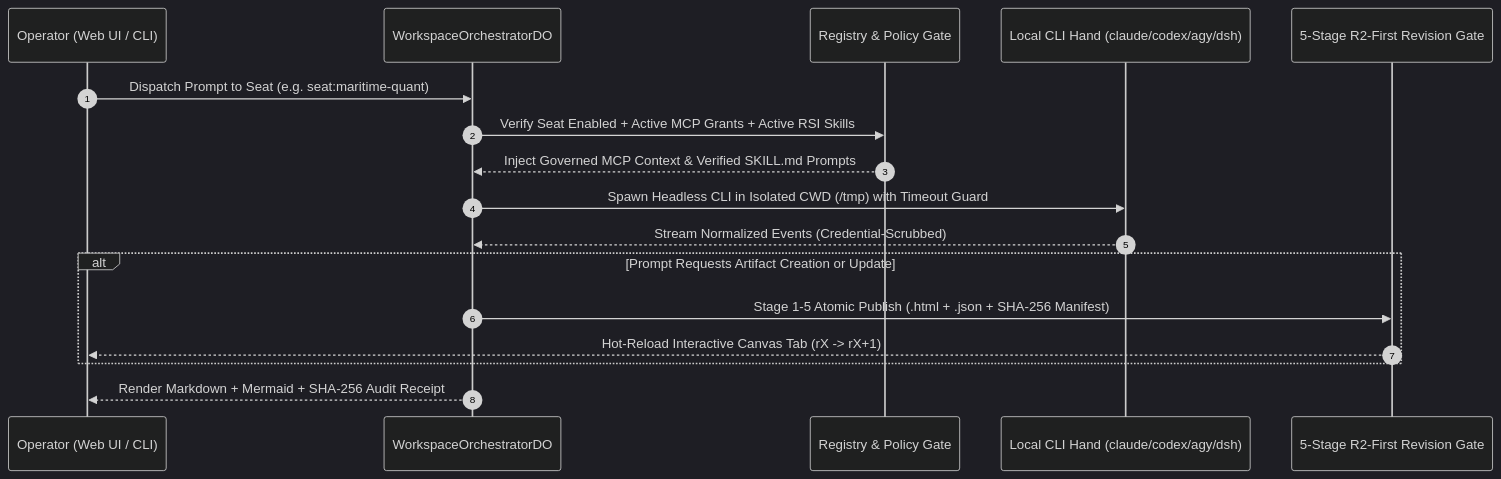
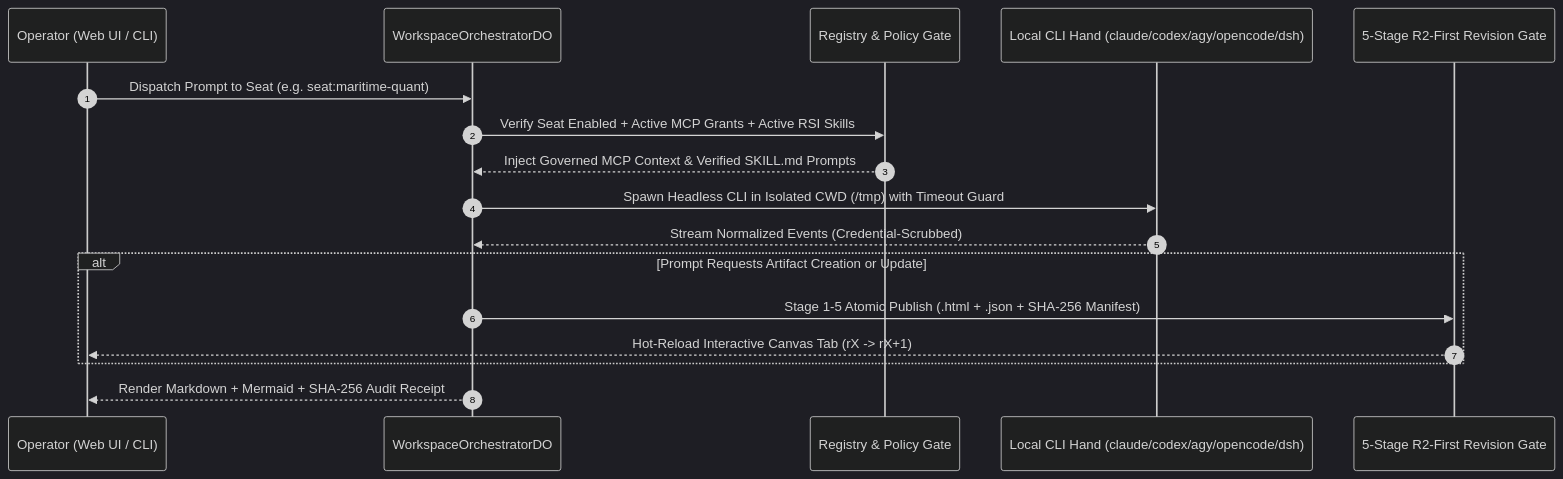
One commit to dmquant/archonos-pub changed the diagram in docs/en/ARCHITECTURE.md. Above: the diagram before and after it, drawn with Mermaid (dark theme). The commit also changed 3 other files, not shown here.

````diff
--- a/docs/en/ARCHITECTURE.md
+++ b/docs/en/ARCHITECTURE.md
@@ -11,20 +11,20 @@
 ```mermaid
 sequenceDiagram
   autonumber
   participant Op as Operator (Web UI / CLI)
   participant DO as WorkspaceOrchestratorDO
   participant Gate as Registry & Policy Gate
-  participant Hand as Local CLI Hand (claude/codex/agy/dsh)
+  participant Hand as Local CLI Hand (claude/codex/agy/opencode/dsh)
   participant Canvas as 5-Stage R2-First Revision Gate
 
   Op->>DO: Dispatch Prompt to Seat (e.g. seat:maritime-quant)
   DO->>Gate: Verify Seat Enabled + Active MCP Grants + Active RSI Skills
   Gate-->>DO: Inject Governed MCP Context & Verified SKILL.md Prompts
   DO->>Hand: Spawn Headless CLI in Isolated CWD (/tmp) with Timeout Guard
   Hand-->>DO: Stream Normalized Events (Credential-Scrubbed)
   alt Prompt Requests Artifact Creation or Update
     DO->>Canvas: Stage 1-5 Atomic Publish (.html + .json + SHA-256 Manifest)
     Canvas-->>Op: Hot-Reload Interactive Canvas Tab (rX -> rX+1)
   end
   DO-->>Op: Render Markdown + Mermaid + SHA-256 Audit Receipt
 ```
````
